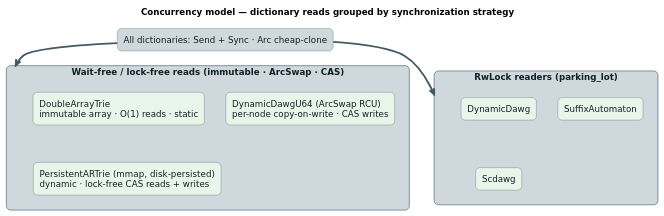
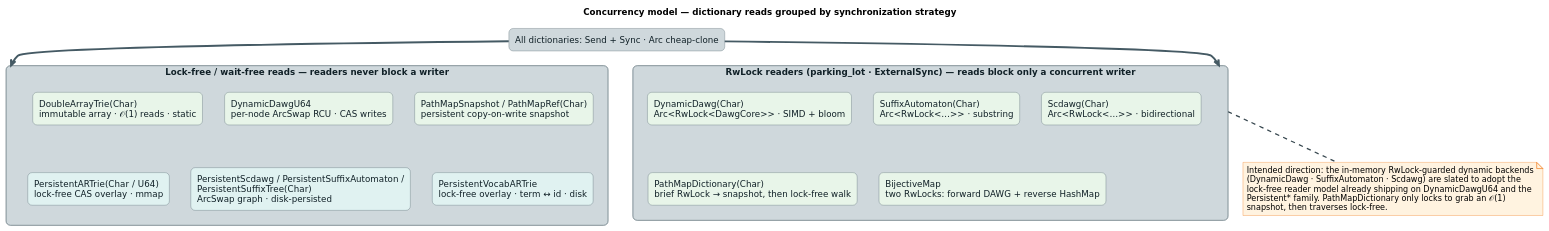
The diagram in docs/diagrams/concurrency/concurrency-model.puml (vinary-tree/liblevenshtein-rust), drawn with PlantUML before and after one commit. The commit also changed 64 other files, not shown here.

```diff
--- a/docs/diagrams/concurrency/concurrency-model.puml
+++ b/docs/diagrams/concurrency/concurrency-model.puml
@@ -1,44 +1,59 @@
 @startuml concurrency-model
-' liblevenshtein — read/write concurrency model, grouped by synchronization strategy.
-' Every dictionary backend is Send + Sync and cheap to share via Arc; what differs
-' is HOW concurrent readers and writers are coordinated.
+' liblevenshtein — read/write concurrency model, grouped by how READS are coordinated.
+' Every dictionary backend is Send + Sync and cheap to share via Arc; what differs is
+' whether a reader can proceed without blocking a concurrent writer.
 ' Color legend:
-'   concurrency  #CFD8DC / #ECEFF1 / #455A64  = the two sync-strategy groups
-'   dictionary   #E8F5E9 (green tint)         = the dictionary backends themselves
-'   border/arrow #455A64 (slate)              = concurrency borders & arrows
-' Strategies (per the SyncStrategy enum):
-'   Wait-free / lock-free reads — readers never block: an immutable snapshot
-'     (DoubleArrayTrie), ArcSwap RCU (DynamicDawgU64), or lock-free CAS over a
-'     memory-mapped overlay (PersistentARTrie — dynamic AND disk-persisted)
-'   RwLock readers — parking_lot read guards; readers block only a concurrent writer
+'   concurrency  #CFD8DC (blue-grey)  = the two read-coordination groups
+'   in-memory    #E8F5E9 (green)      = in-memory backends
+'   disk         #E0F2F1 (teal)       = disk-persisted (durable) backends
+'   border/arrow #455A64 (slate)
+' Grouping is by actual read behaviour, not the (sometimes coarse) SyncStrategy enum —
+' e.g. DoubleArrayTrie reports ExternalSync yet is immutable, so its reads never block.
 skinparam backgroundColor #FFFFFF
 skinparam shadowing false
 skinparam defaultFontName "DejaVu Sans"
 skinparam rectangle {
   RoundCorner 14
   BorderColor #455A64
   FontColor #102027
 }
+skinparam note {
+  BackgroundColor #FFF3E0
+  BorderColor #EF6C00
+}
 skinparam ArrowColor #37474F
 skinparam ArrowThickness 2
 
 title Concurrency model — dictionary reads grouped by synchronization strategy
 
 rectangle "All dictionaries: Send + Sync · Arc cheap-clone" as banner #CFD8DC
 
-rectangle "Wait-free / lock-free reads (immutable · ArcSwap · CAS)" as gfree #CFD8DC {
-  rectangle "DoubleArrayTrie\nimmutable array · O(1) reads · static" as dat #E8F5E9
-  rectangle "DynamicDawgU64 (ArcSwap RCU)\nper-node copy-on-write · CAS writes" as ddu64 #E8F5E9
-  rectangle "PersistentARTrie (mmap, disk-persisted)\ndynamic · lock-free CAS reads + writes" as art #E8F5E9
+rectangle "Lock-free / wait-free reads — readers never block a writer" as gfree #CFD8DC {
+  rectangle "DoubleArrayTrie(Char)\nimmutable array · 𝒪(1) reads · static" as dat #E8F5E9
+  rectangle "DynamicDawgU64\nper-node ArcSwap RCU · CAS writes" as ddu64 #E8F5E9
+  rectangle "PathMapSnapshot / PathMapRef(Char)\npersistent copy-on-write snapshot" as pms #E8F5E9
+  rectangle "PersistentARTrie(Char / U64)\nlock-free CAS overlay · mmap" as part #E0F2F1
+  rectangle "PersistentScdawg / PersistentSuffixAutomaton /\nPersistentSuffixTree(Char)\nArcSwap graph · disk-persisted" as psub #E0F2F1
+  rectangle "PersistentVocabARTrie\nlock-free overlay · term ↔ id · disk" as pv #E0F2F1
 }
 
-rectangle "RwLock readers (parking_lot)" as glock #CFD8DC {
-  rectangle "DynamicDawg" as dd #E8F5E9
-  rectangle "SuffixAutomaton" as sa #E8F5E9
-  rectangle "Scdawg" as sc #E8F5E9
+rectangle "RwLock readers (parking_lot · ExternalSync) — reads block only a concurrent writer" as glock #CFD8DC {
+  rectangle "DynamicDawg(Char)\nArc<RwLock<DawgCore>> · SIMD + bloom" as dd #E8F5E9
+  rectangle "SuffixAutomaton(Char)\nArc<RwLock<…>> · substring" as sa #E8F5E9
+  rectangle "Scdawg(Char)\nArc<RwLock<…>> · bidirectional" as sc #E8F5E9
+  rectangle "PathMapDictionary(Char)\nbrief RwLock → snapshot, then lock-free walk" as pmd #E8F5E9
+  rectangle "BijectiveMap\ntwo RwLocks: forward DAWG + reverse HashMap" as bij #E8F5E9
 }
+
+note bottom of glock
+  Intended direction: the in-memory RwLock-guarded dynamic backends
+  (DynamicDawg · SuffixAutomaton · Scdawg) are slated to adopt the
+  lock-free reader model already shipping on DynamicDawgU64 and the
+  Persistent* family. PathMapDictionary only locks to grab an 𝒪(1)
+  snapshot, then traverses lock-free.
+end note
 
 banner -[#455A64,thickness=3]down-> gfree
 banner -[#455A64,thickness=3]down-> glock
 
 @enduml
```
